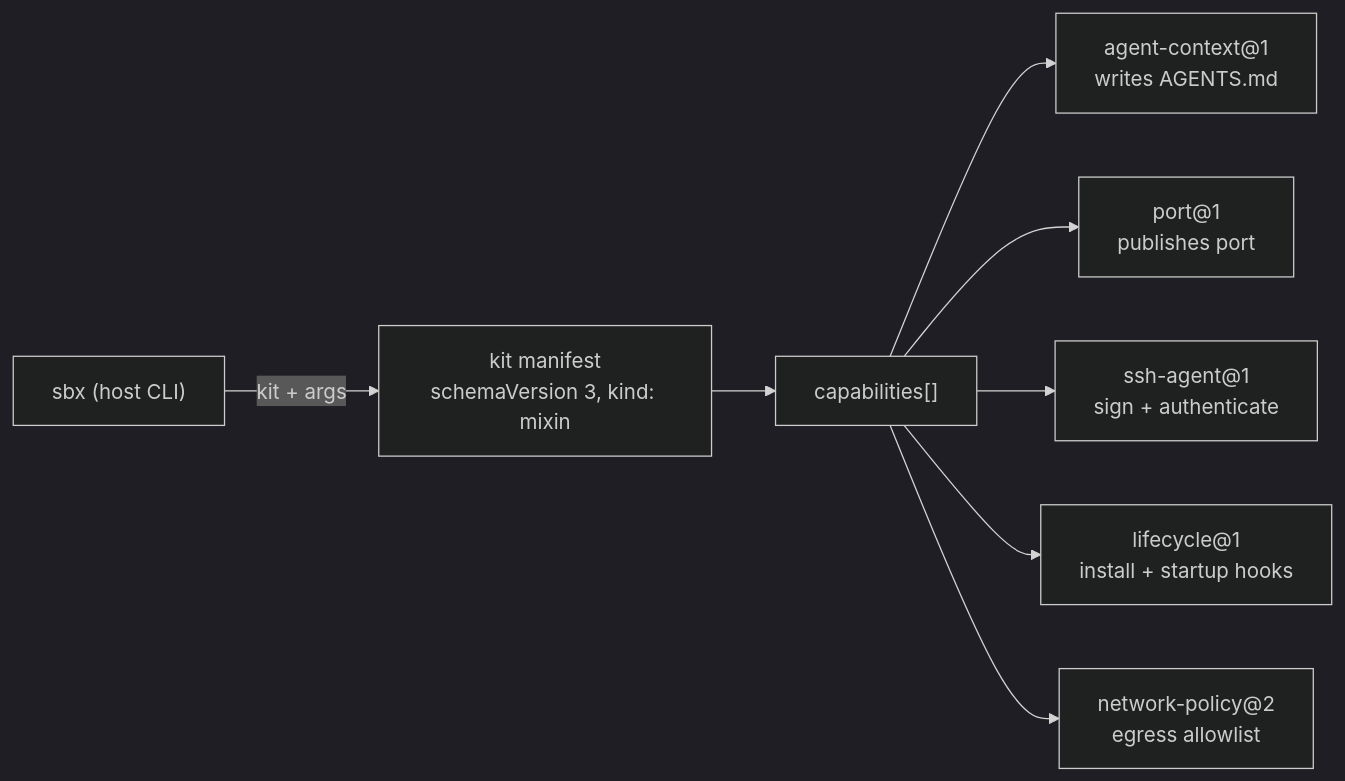
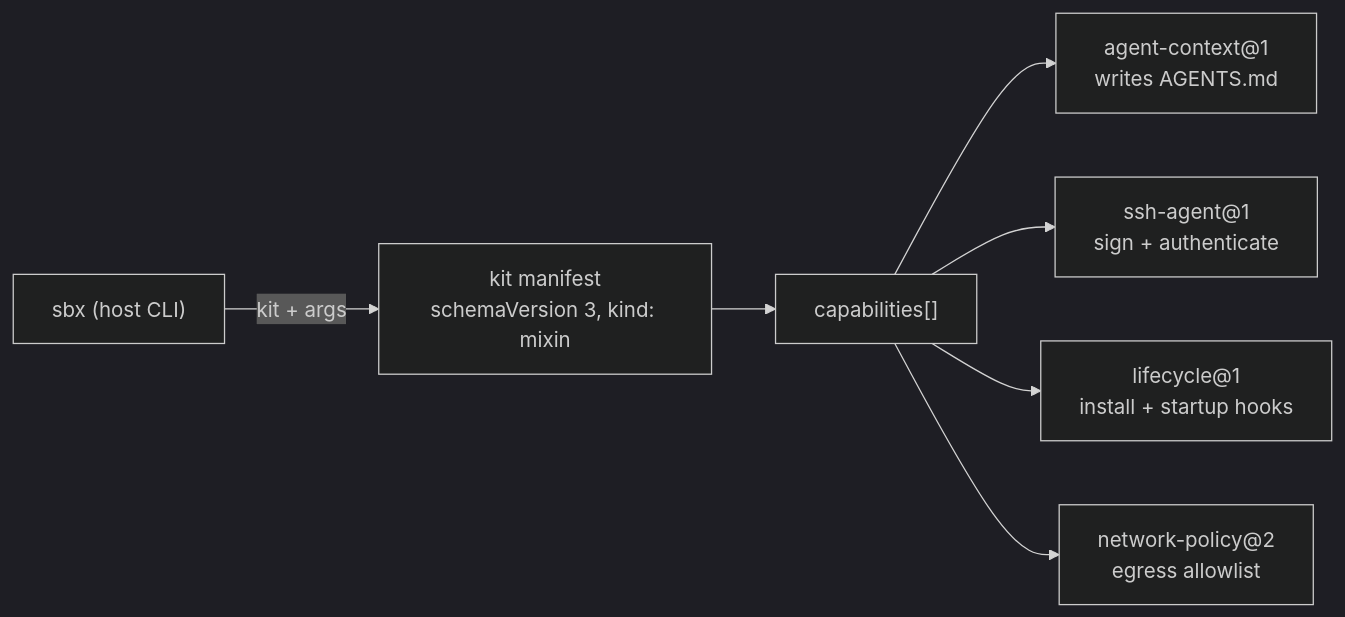
One commit to dirkgroot/docker-sbx-kits changed the diagram in .lode/kits/summary.md. Above: the diagram before and after it, drawn with Mermaid (dark theme). The commit also changed other lines of this file and 5 other files, not shown here.

````diff
--- a/.lode/kits/summary.md
+++ b/.lode/kits/summary.md
@@ -15,10 +14,9 @@
 ```mermaid
 flowchart LR
     user["sbx (host CLI)"] -->|"kit + args"| manifest["kit manifest<br/>schemaVersion 3, kind: mixin"]
     manifest --> caps["capabilities[]"]
     caps --> ac["agent-context@1<br/>writes AGENTS.md"]
-    caps --> port["port@1<br/>publishes port"]
     caps --> ssh["ssh-agent@1<br/>sign + authenticate"]
     caps --> life["lifecycle@1<br/>install + startup hooks"]
     caps --> net["network-policy@2<br/>egress allowlist"]
 ```
````
